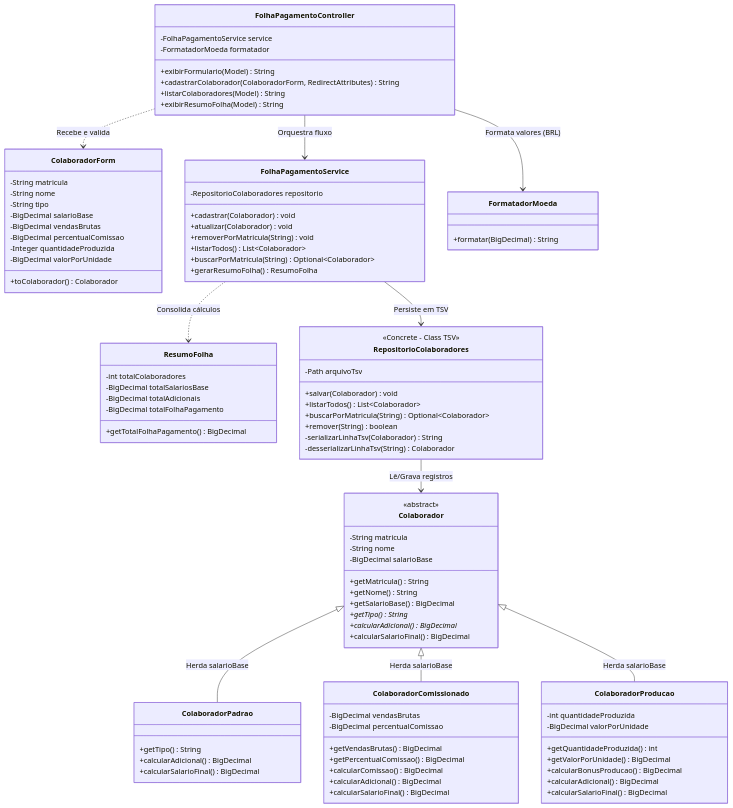
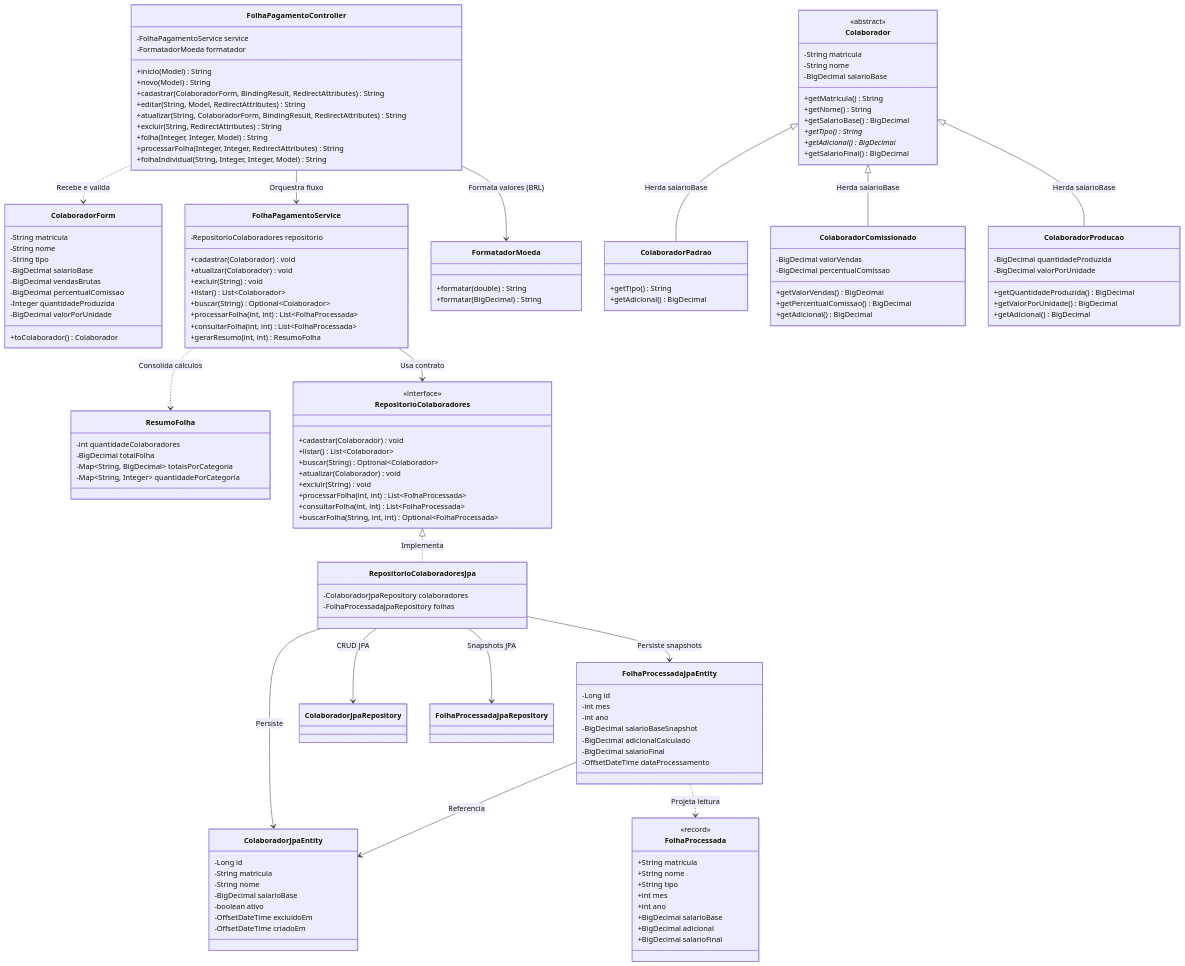
One commit to aruwer/FolhaPagamento changed the second of 5 diagrams in docs/Arquitetura.md. Above: the diagram before and after it, drawn with Mermaid. The commit also changed other lines of this file and 41 other files, not shown here.

```diff
--- a/docs/Arquitetura.md
+++ b/docs/Arquitetura.md
@@ -53,10 +54,15 @@
     class FolhaPagamentoController {
         -FolhaPagamentoService service
         -FormatadorMoeda formatador
-        +exibirFormulario(Model) String
-        +cadastrarColaborador(ColaboradorForm, RedirectAttributes) String
-        +listarColaboradores(Model) String
-        +exibirResumoFolha(Model) String
+        +inicio(Model) String
+        +novo(Model) String
+        +cadastrar(ColaboradorForm, BindingResult, RedirectAttributes) String
+        +editar(String, Model, RedirectAttributes) String
+        +atualizar(String, ColaboradorForm, BindingResult, RedirectAttributes) String
+        +excluir(String, RedirectAttributes) String
+        +folha(Integer, Integer, Model) String
+        +processarFolha(Integer, Integer, RedirectAttributes) String
+        +folhaIndividual(String, Integer, Integer, Model) String
     }
 
     class ColaboradorForm {
@@ -76,34 +82,74 @@
         -RepositorioColaboradores repositorio
         +cadastrar(Colaborador) void
         +atualizar(Colaborador) void
-        +removerPorMatricula(String) void
-        +listarTodos() List~Colaborador~
-        +buscarPorMatricula(String) Optional~Colaborador~
-        +gerarResumoFolha() ResumoFolha
+        +excluir(String) void
+        +listar() List~Colaborador~
+        +buscar(String) Optional~Colaborador~
+        +processarFolha(int, int) List~FolhaProcessada~
+        +consultarFolha(int, int) List~FolhaProcessada~
+        +gerarResumo(int, int) ResumoFolha
     }
 
     class ResumoFolha {
-        -int totalColaboradores
-        -BigDecimal totalSalariosBase
-        -BigDecimal totalAdicionais
-        -BigDecimal totalFolhaPagamento
-        +getTotalFolhaPagamento() BigDecimal
+        -int quantidadeColaboradores
+        -BigDecimal totalFolha
+        -Map~String, BigDecimal~ totaisPorCategoria
+        -Map~String, Integer~ quantidadePorCategoria
     }
 
     class FormatadorMoeda {
+        +formatar(double) String
         +formatar(BigDecimal) String
     }
 
-    %% Camada de Persistência Atual (AS-IS: Classe Concreta TSV)
+    %% Contrato e adaptador de persistência
     class RepositorioColaboradores {
-        <<Concrete - Class TSV>>
-        -Path arquivoTsv
-        +salvar(Colaborador) void
-        +listarTodos() List~Colaborador~
-        +buscarPorMatricula(String) Optional~Colaborador~
-        +remover(String) boolean
-        -serializarLinhaTsv(Colaborador) String
-        -desserializarLinhaTsv(String) Colaborador
+        <<interface>>
+        +cadastrar(Colaborador) void
+        +listar() List~Colaborador~
+        +buscar(String) Optional~Colaborador~
+        +atualizar(Colaborador) void
+        +excluir(String) void
+        +processarFolha(int, int) List~FolhaProcessada~
+        +consultarFolha(int, int) List~FolhaProcessada~
+        +buscarFolha(String, int, int) Optional~FolhaProcessada~
+    }
+
+    class RepositorioColaboradoresJpa {
+        -ColaboradorJpaRepository colaboradores
+        -FolhaProcessadaJpaRepository folhas
+    }
+
+    class ColaboradorJpaEntity {
+        -Long id
+        -String matricula
+        -String nome
+        -BigDecimal salarioBase
+        -boolean ativo
+        -OffsetDateTime excluidoEm
+        -OffsetDateTime criadoEm
+    }
+
+    class FolhaProcessadaJpaEntity {
+        -Long id
+        -int mes
+        -int ano
+        -BigDecimal salarioBaseSnapshot
+        -BigDecimal adicionalCalculado
+        -BigDecimal salarioFinal
+        -OffsetDateTime dataProcessamento
+    }
+
+    class FolhaProcessada {
+        <<record>>
+        +String matricula
+        +String nome
+        +String tipo
+        +int mes
+        +int ano
+        +BigDecimal salarioBase
+        +BigDecimal adicional
+        +BigDecimal salarioFinal
     }
 
     %% Camada de Domínio
@@ -116,43 +162,44 @@
         +getNome() String
         +getSalarioBase() BigDecimal
         +getTipo() String*
-        +calcularAdicional() BigDecimal*
-        +calcularSalarioFinal() BigDecimal
+        +getAdicional() BigDecimal*
+        +getSalarioFinal() BigDecimal
     }
 
     class ColaboradorPadrao {
         +getTipo() String
-        +calcularAdicional() BigDecimal
-        +calcularSalarioFinal() BigDecimal
+        +getAdicional() BigDecimal
     }
 
     class ColaboradorComissionado {
-        -BigDecimal vendasBrutas
+        -BigDecimal valorVendas
         -BigDecimal percentualComissao
-        +getVendasBrutas() BigDecimal
+        +getValorVendas() BigDecimal
         +getPercentualComissao() BigDecimal
-        +calcularComissao() BigDecimal
-        +calcularAdicional() BigDecimal
-        +calcularSalarioFinal() BigDecimal
+        +getAdicional() BigDecimal
     }
 
     class ColaboradorProducao {
-        -int quantidadeProduzida
+        -BigDecimal quantidadeProduzida
         -BigDecimal valorPorUnidade
-        +getQuantidadeProduzida() int
+        +getQuantidadeProduzida() BigDecimal
         +getValorPorUnidade() BigDecimal
-        +calcularBonusProducao() BigDecimal
-        +calcularAdicional() BigDecimal
-        +calcularSalarioFinal() BigDecimal
+        +getAdicional() BigDecimal
     }
 
     %% Relacionamentos
     FolhaPagamentoController ..> ColaboradorForm : Recebe e valida
     FolhaPagamentoController --> FolhaPagamentoService : Orquestra fluxo
     FolhaPagamentoController --> FormatadorMoeda : Formata valores (BRL)
-    FolhaPagamentoService --> RepositorioColaboradores : Persiste em TSV
+    FolhaPagamentoService --> RepositorioColaboradores : Usa contrato
     FolhaPagamentoService ..> ResumoFolha : Consolida cálculos
-    RepositorioColaboradores --> Colaborador : Lê/Grava registros
+    RepositorioColaboradores <|.. RepositorioColaboradoresJpa : Implementa
+    RepositorioColaboradoresJpa --> ColaboradorJpaRepository : CRUD JPA
+    RepositorioColaboradoresJpa --> FolhaProcessadaJpaRepository : Snapshots JPA
+    RepositorioColaboradoresJpa --> ColaboradorJpaEntity : Persiste
+    RepositorioColaboradoresJpa --> FolhaProcessadaJpaEntity : Persiste snapshots
+    FolhaProcessadaJpaEntity --> ColaboradorJpaEntity : Referencia
+    FolhaProcessadaJpaEntity ..> FolhaProcessada : Projeta leitura
     Colaborador <|-- ColaboradorPadrao : Herda salarioBase
     Colaborador <|-- ColaboradorComissionado : Herda salarioBase
     Colaborador <|-- ColaboradorProducao : Herda salarioBase
```
